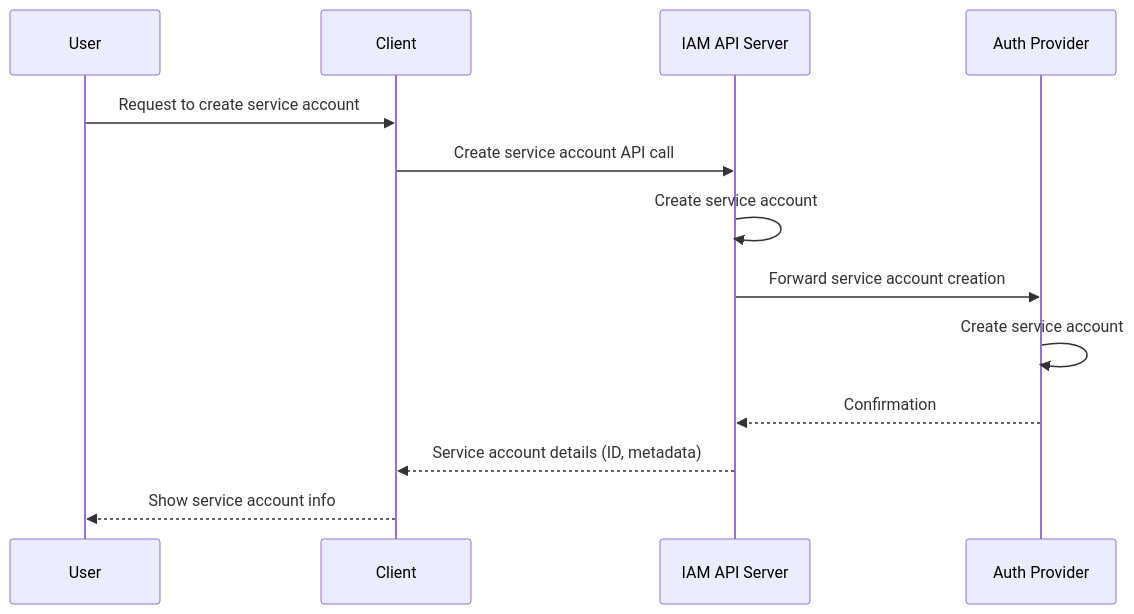
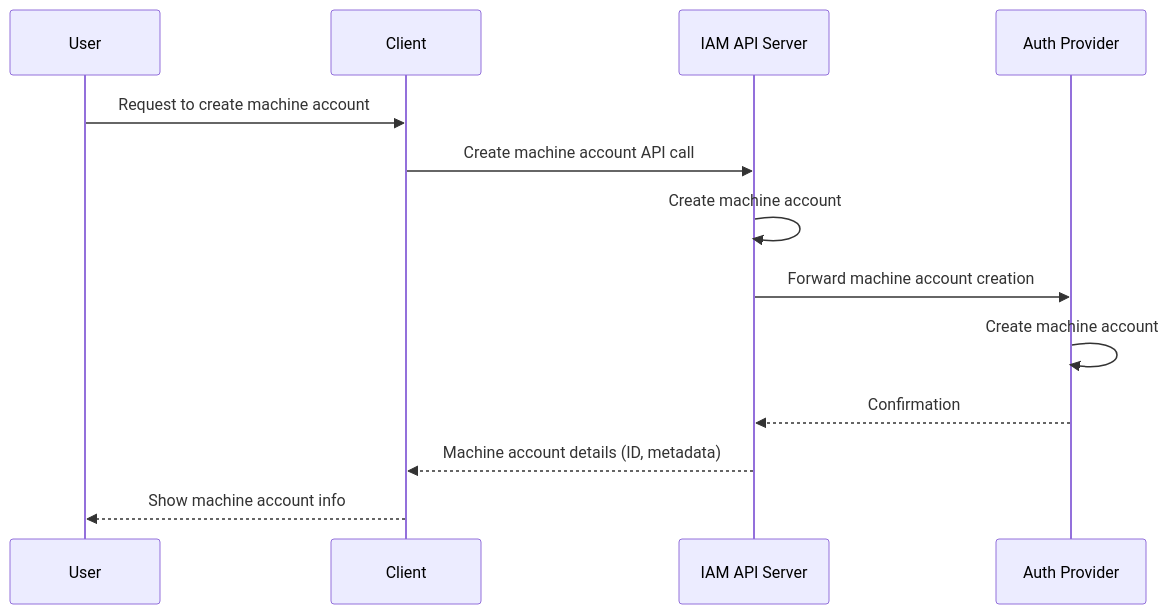
One commit to datum-cloud/enhancements changed the ninth of 13 diagrams in enhancements/platform/identity-and-access-management/authentication/README.md. Above: the diagram before and after it, drawn with Mermaid. The commit also changed other lines of this file, not shown here.

Commit message:
docs: update README to replace 'Service Account' terminology with 'Machine Account' for consistency and clarity

````diff
--- a/enhancements/platform/identity-and-access-management/authentication/README.md
+++ b/enhancements/platform/identity-and-access-management/authentication/README.md
@@ -652,16 +652,16 @@
 ```mermaid
 sequenceDiagram
     participant User as User
     participant Client as Client
     participant IAM as IAM API Server
     participant AuthZ as Auth Provider
 
-    User->>Client: Request to create service account
-    Client->>IAM: Create service account API call
-    IAM->>IAM: Create service account
-    IAM->>AuthZ: Forward service account creation
-    AuthZ->>AuthZ: Create service account
+    User->>Client: Request to create machine account
+    Client->>IAM: Create machine account API call
+    IAM->>IAM: Create machine account
+    IAM->>AuthZ: Forward machine account creation
+    AuthZ->>AuthZ: Create machine account
     AuthZ-->>IAM: Confirmation
-    IAM-->>Client: Service account details (ID, metadata)
-    Client-->>User: Show service account info
+    IAM-->>Client: Machine account details (ID, metadata)
+    Client-->>User: Show machine account info
 ```
````
